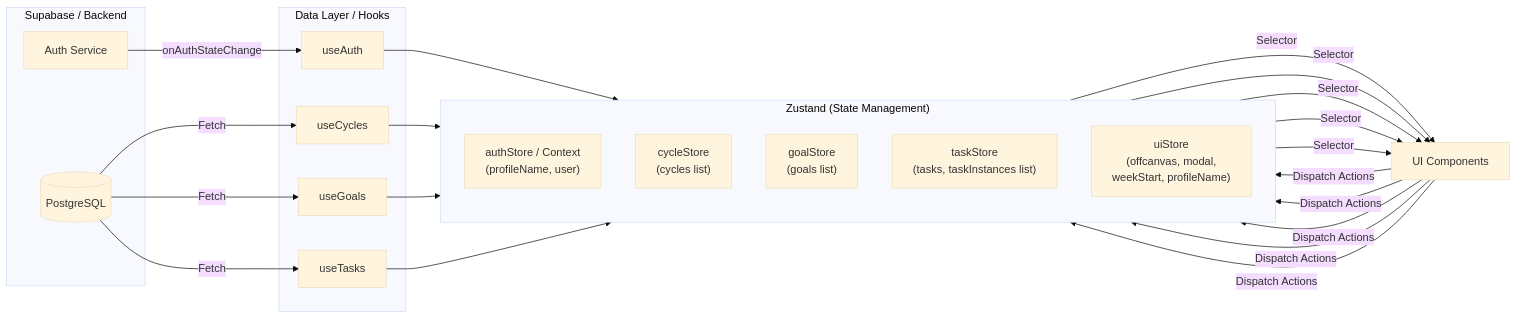
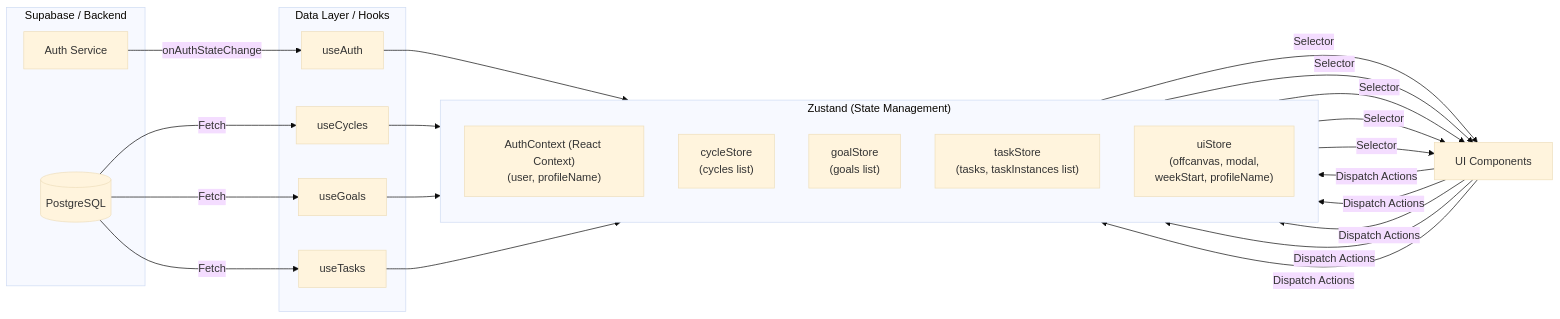
One commit to 1denx/bitbybit changed the second of 3 diagrams in README.md. Above: the diagram before and after it, drawn with Mermaid (base theme). The commit also changed other lines of this file and 1 other file, not shown here.

````diff
--- a/README.md
+++ b/README.md
@@ -76,34 +76,34 @@
 ```mermaid
 graph LR
     subgraph Data_Source ["Supabase / Backend"]
         DB[(PostgreSQL)]
         AU[Auth Service]
     end
 
     subgraph Custom_Hooks ["Data Layer / Hooks"]
         H1[useAuth]
         H2[useCycles]
         H3[useGoals]
         H4[useTasks]
     end
 
     subgraph Zustand_Stores ["Zustand (State Management)"]
         direction TB
-        S1["authStore / Context<br/>(profileName, user)"]
+        S1["AuthContext (React Context)<br/>(user, profileName)"]
         S2["cycleStore<br/>(cycles list)"]
         S3["goalStore<br/>(goals list)"]
         S4["taskStore<br/>(tasks, taskInstances list)"]
         S5["uiStore<br/>(offcanvas, modal,<br/> weekStart, profileName)"]
     end
 
     DB -->|Fetch| H2 & H3 & H4
     AU -->|onAuthStateChange| H1
 
     H1 --> S1
     H2 --> S2
     H3 --> S3
     H4 --> S4
 
     S1 & S2 & S3 & S4 & S5 -->|Selector| UI[UI Components]
     UI -->|Dispatch Actions| S1 & S2 & S3 & S4 & S5
 ```
````
